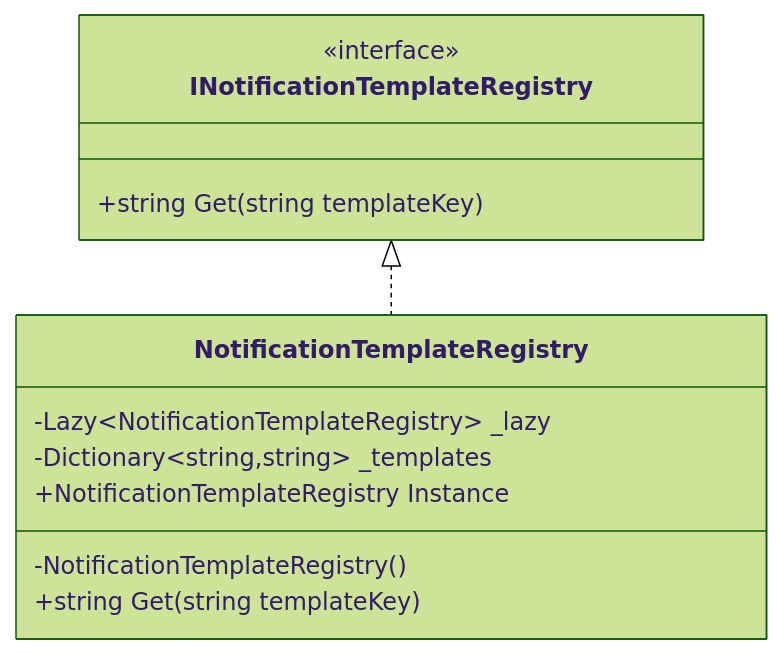
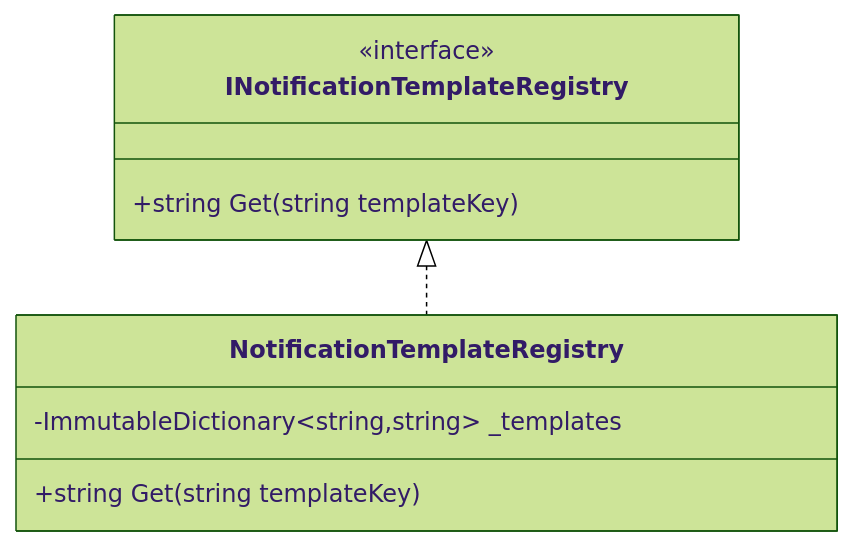
One commit to tarikgokhan/pattern-craft changed the diagram in docs/application/creational/singleton.md. Above: the diagram before and after it, drawn with Mermaid (forest theme). The commit also changed other lines of this file, not shown here.

First line of the commit message:
docs: align singleton diagram and registration naming

````diff
--- a/docs/application/creational/singleton.md
+++ b/docs/application/creational/singleton.md
@@ -38,17 +38,14 @@
 ```mermaid
 classDiagram
     class INotificationTemplateRegistry {
       <<interface>>
       +string Get(string templateKey)
     }
 
     class NotificationTemplateRegistry {
-      -Lazy~NotificationTemplateRegistry~ _lazy
-      -Dictionary~string,string~ _templates
-      -NotificationTemplateRegistry()
-      +NotificationTemplateRegistry Instance
+      -ImmutableDictionary~string,string~ _templates
       +string Get(string templateKey)
     }
 
     INotificationTemplateRegistry <|.. NotificationTemplateRegistry
 ```
````
